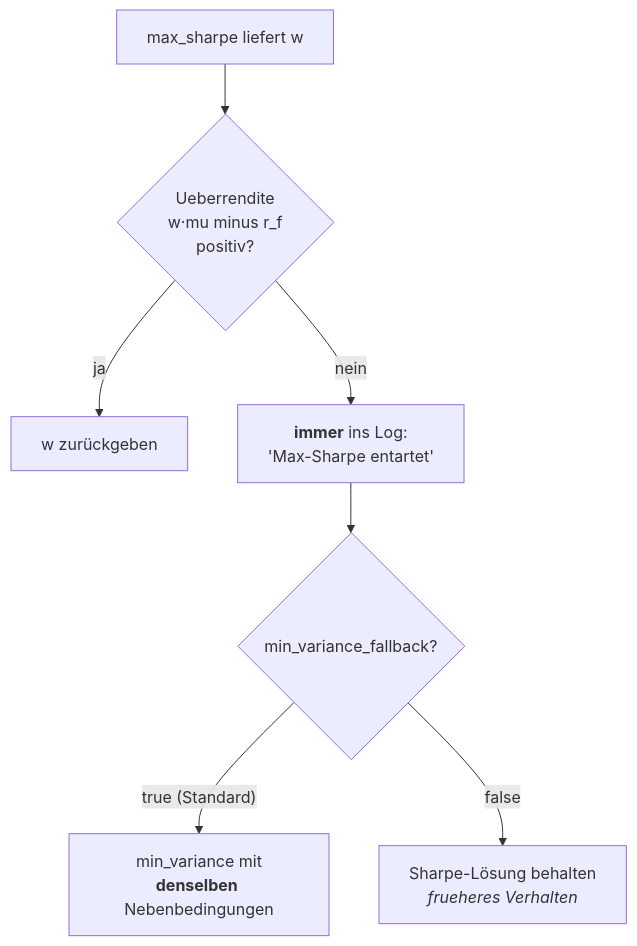
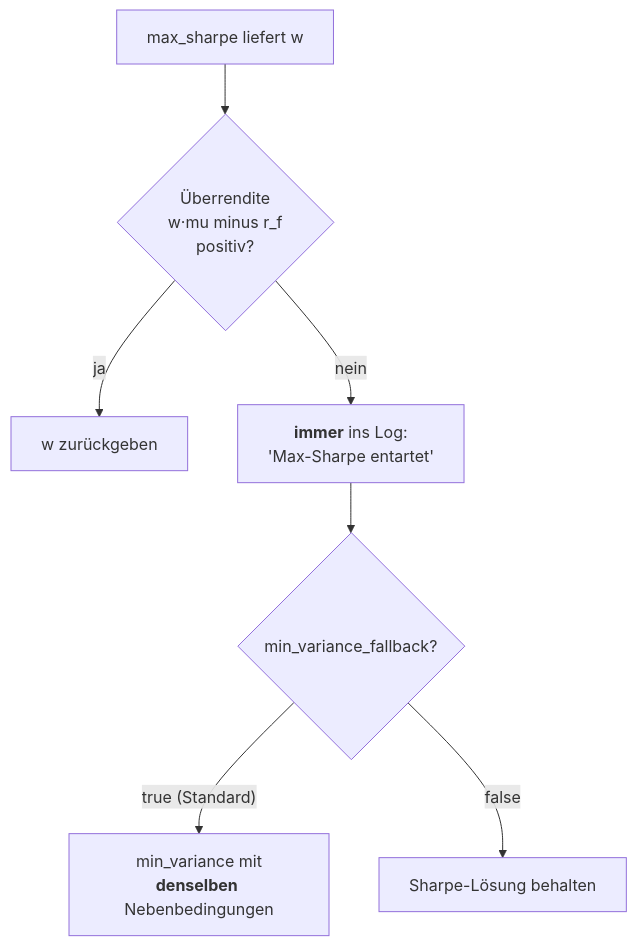
The sixth of 13 diagrams in Handbook.md (MaxZoelfl/wseminar-portfolio-optimierung), drawn with Mermaid before and after one commit. The commit also changed other lines of this file and 39 other files, not shown here.

````diff
--- a/Handbook.md
+++ b/Handbook.md
@@ -358,9 +358,9 @@
 ```mermaid
 flowchart TD
-    MS["max_sharpe liefert w"] --> CHK{"Ueberrendite<br/>w·mu minus r_f<br/>positiv?"}
+    MS["max_sharpe liefert w"] --> CHK{"Überrendite<br/>w·mu minus r_f<br/>positiv?"}
     CHK -- ja --> OK["w zurückgeben"]
     CHK -- nein --> WARN["<b>immer</b> ins Log:<br/>'Max-Sharpe entartet'"]
     WARN --> OPT{"min_variance_fallback?"}
     OPT -->|"true (Standard)"| MV["min_variance mit<br/><b>denselben</b> Nebenbedingungen"]
-    OPT -->|false| KEEP["Sharpe-Lösung behalten<br/><i>frueheres Verhalten</i>"]
+    OPT -->|false| KEEP["Sharpe-Lösung behalten"]
 ```
````
